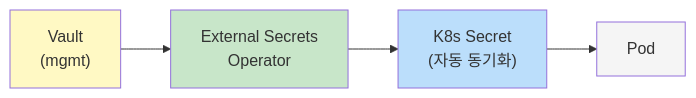
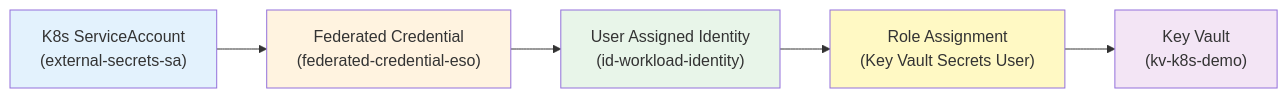
The fifth of 6 diagrams in document/on-premise/ARCHITECTURE.md (bocopile/mac-k8s-multipass-terraform), drawn with Mermaid before and after one commit. The commit also changed other lines of this file and 1 other file, not shown here.

````diff
--- a/document/on-premise/ARCHITECTURE.md
+++ b/document/on-premise/ARCHITECTURE.md
@@ -455,14 +352,16 @@
 ```mermaid
 flowchart LR
-    Vault["Vault<br/>(mgmt)"]
-    ESO["External Secrets<br/>Operator"]
-    Secret["K8s Secret<br/>(자동 동기화)"]
-    Pod["Pod"]
+    SA["K8s ServiceAccount<br/>(external-secrets-sa)"]
+    FC["Federated Credential<br/>(federated-credential-eso)"]
+    WI["User Assigned Identity<br/>(id-workload-identity)"]
+    RA["Role Assignment<br/>(Key Vault Secrets User)"]
+    KV["Key Vault<br/>(kv-k8s-demo)"]
 
-    Vault --> ESO --> Secret --> Pod
+    SA --> FC --> WI --> RA --> KV
 
-    style Vault fill:#fff9c4
-    style ESO fill:#c8e6c9
-    style Secret fill:#bbdefb
-    style Pod fill:#f5f5f5
+    style SA fill:#e3f2fd
+    style FC fill:#fff3e0
+    style WI fill:#e8f5e9
+    style RA fill:#fff9c4
+    style KV fill:#f3e5f5
 ```
````
